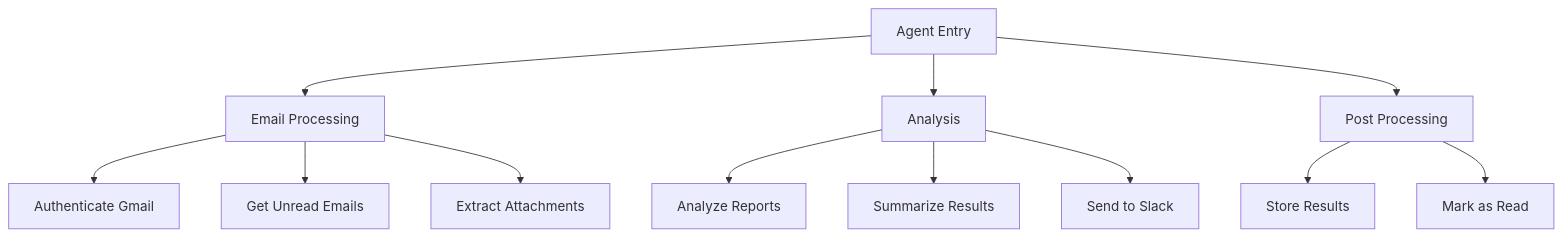
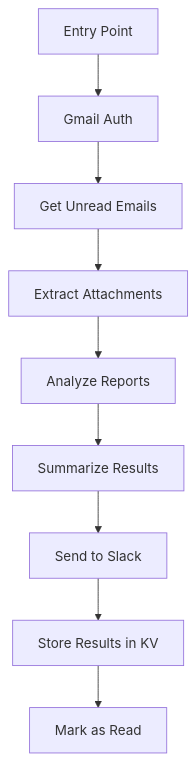
One commit to agentuity/agent-dmarc changed the diagram in README.md. Above: the diagram before and after it, drawn with Mermaid.

Commit message:
Update Mermaid diagram to match correct workflow sequence

````diff
--- a/README.md
+++ b/README.md
@@ -70,14 +70,11 @@
 ```mermaid
 graph TD;
-    A[Agent Entry]-->B[Email Processing];
-    A-->C[Analysis];
-    A-->D[Post Processing];
-    B-->E[Authenticate Gmail];
-    B-->F[Get Unread Emails];
-    B-->G[Extract Attachments];
-    C-->H[Analyze Reports];
-    C-->I[Summarize Results];
-    C-->J[Send to Slack];
-    D-->K[Store Results];
-    D-->L[Mark as Read];
+    A[Entry Point]-->B[Gmail Auth];
+    B-->C[Get Unread Emails];
+    C-->D[Extract Attachments];
+    D-->E[Analyze Reports];
+    E-->F[Summarize Results];
+    F-->G[Send to Slack];
+    G-->H[Store Results in KV];
+    H-->I[Mark as Read];
 ```
````
